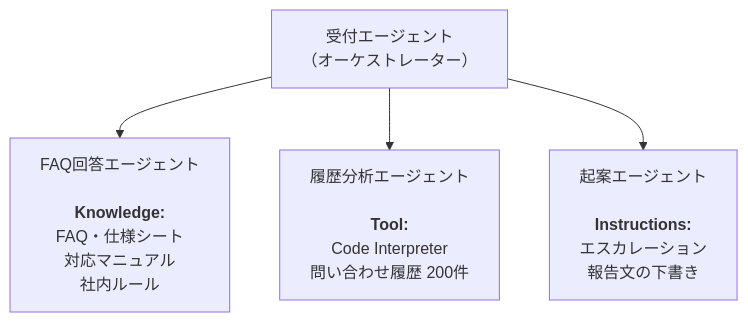
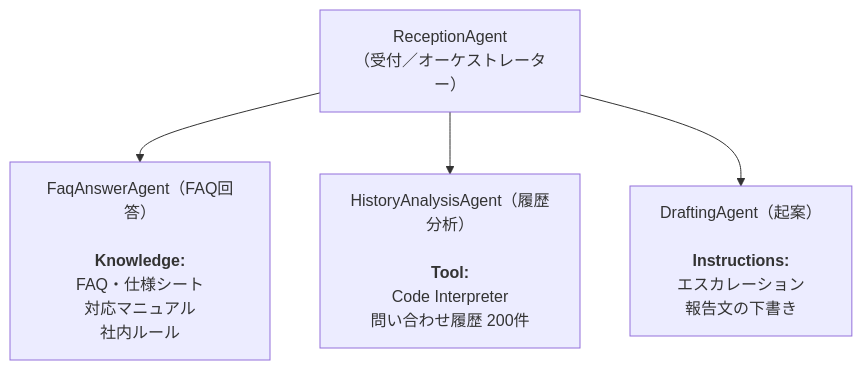
The diagram in README.md (ayako/FoundryGHCPHOL202610), drawn with Mermaid before and after one commit. The commit also changed 15 other files, not shown here.

````diff
--- a/README.md
+++ b/README.md
@@ -38,12 +38,12 @@
 ```mermaid
 flowchart TB
-    orchestrator["受付エージェント<br>（オーケストレーター）"]
+    orchestrator["ReceptionAgent<br>（受付／オーケストレーター）"]
 
-    faq["FAQ回答エージェント<br><br><b>Knowledge:</b><br>FAQ・仕様シート<br>対応マニュアル<br>社内ルール"]
-    history["履歴分析エージェント<br><br><b>Tool:</b><br>Code Interpreter<br>問い合わせ履歴 200件"]
-    draft["起案エージェント<br><br><b>Instructions:</b><br>エスカレーション<br>報告文の下書き"]
+    faq["FaqAnswerAgent（FAQ回答）<br><br><b>Knowledge:</b><br>FAQ・仕様シート<br>対応マニュアル<br>社内ルール"]
+    history["HistoryAnalysisAgent（履歴分析）<br><br><b>Tool:</b><br>Code Interpreter<br>問い合わせ履歴 200件"]
+    draft["DraftingAgent（起案）<br><br><b>Instructions:</b><br>エスカレーション<br>報告文の下書き"]
 
     orchestrator --> faq
     orchestrator --> history
     orchestrator --> draft
 ```
````
